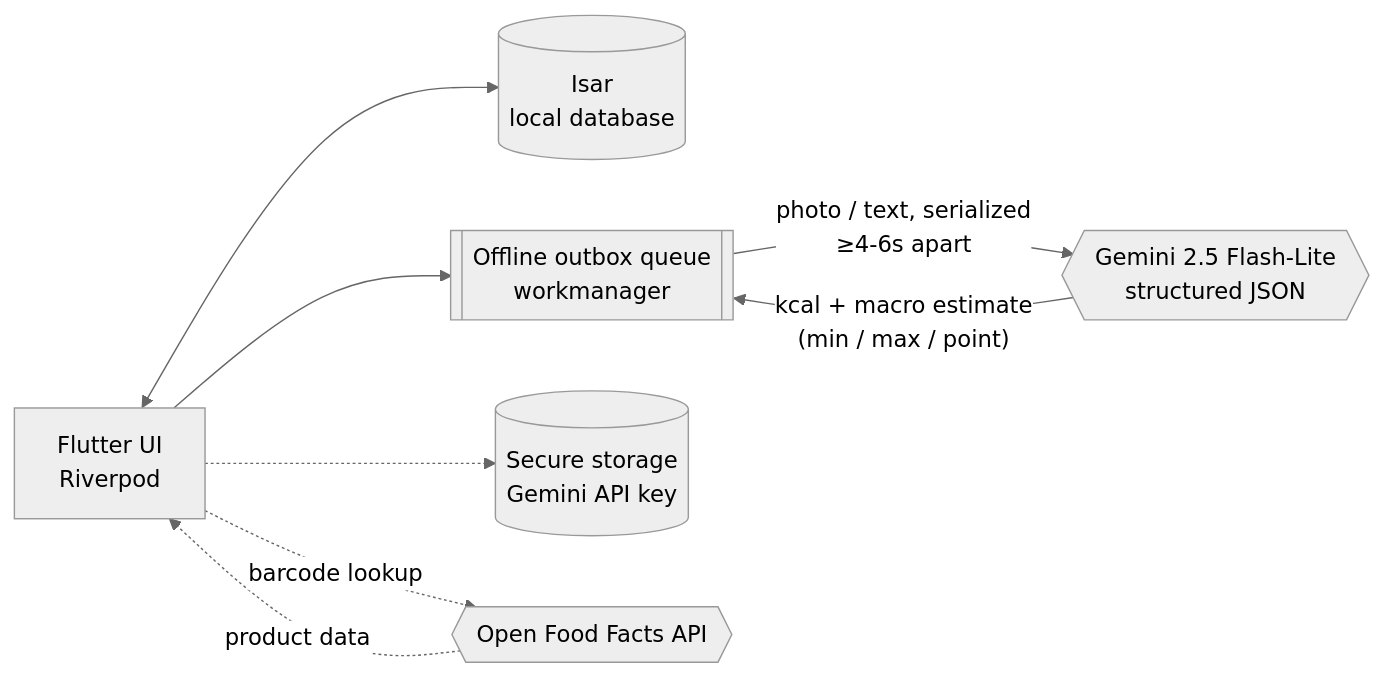
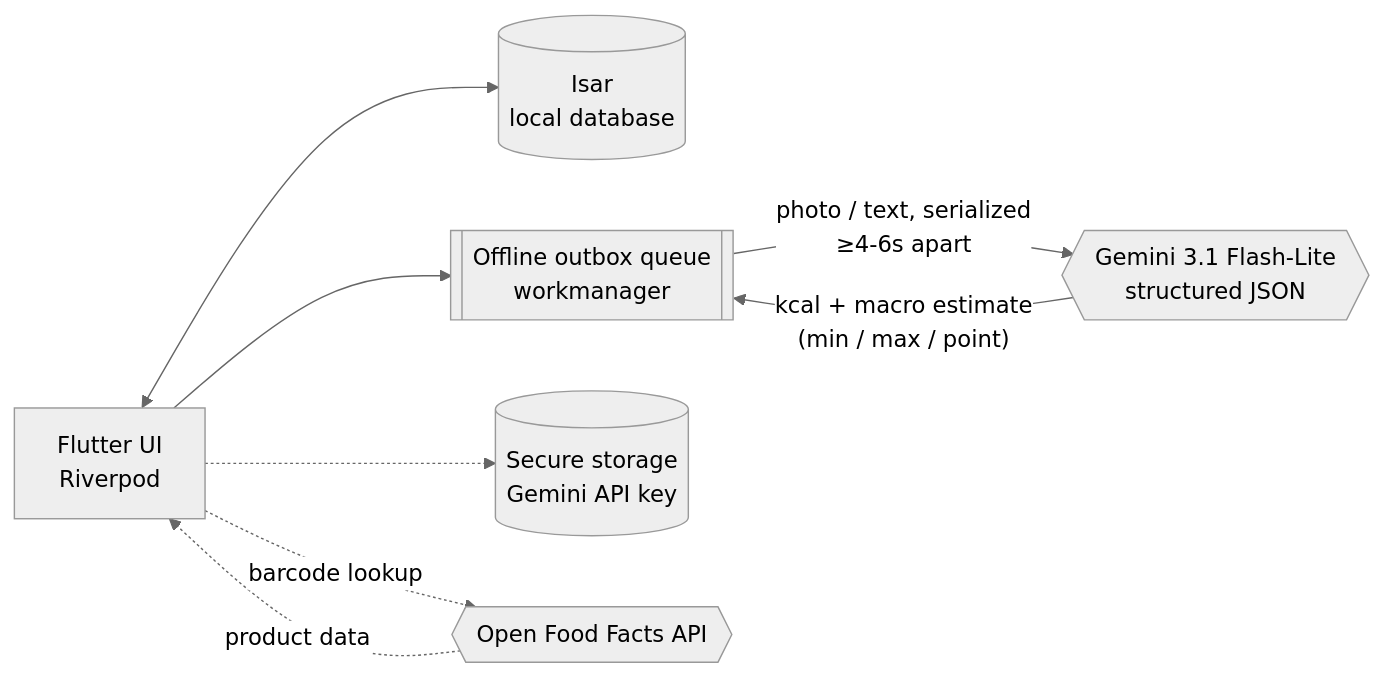
Before and after one commit to LucasJLBraz/gema: the first of 2 diagrams in README.md, drawn with Mermaid (neutral theme). The commit also changed other lines of this file and 17 other files, not shown here.

First line of the commit message:
KCAL accuracy benchmark + Gemini 3.1 Flash-Lite migration (#20)

````diff
--- a/README.md
+++ b/README.md
@@ -59,17 +59,17 @@
 ```mermaid
 flowchart LR
     UI[Flutter UI\nRiverpod]
     DB[(Isar\nlocal database)]
     Queue[[Offline outbox queue\nworkmanager]]
     Secure[(Secure storage\nGemini API key)]
-    Gemini{{Gemini 2.5 Flash-Lite\nstructured JSON}}
+    Gemini{{Gemini 3.1 Flash-Lite\nstructured JSON}}
     OFF{{Open Food Facts API}}
 
     UI <--> DB
     UI --> Queue
     UI -.-> Secure
     Queue -- "photo / text, serialized\n≥4-6s apart" --> Gemini
     Gemini -- "kcal + macro estimate\n(min / max / point)" --> Queue
     UI -. barcode lookup .-> OFF
     OFF -. product data .-> UI
 ```
````
